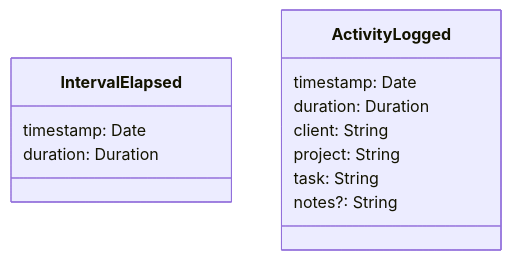
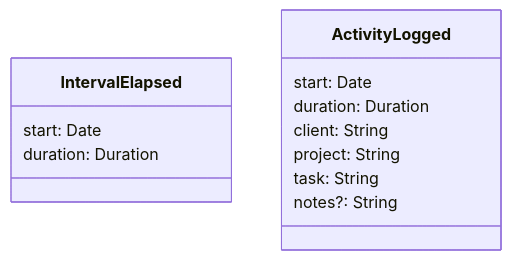
One commit to falkoschumann/activity-sampling changed the diagram in doc/README.md. Above: the diagram before and after it, drawn with Mermaid. The commit also changed 20 other files, not shown here.

Commit message:
refactor: rename activity's timestamp to start

````diff
--- a/doc/README.md
+++ b/doc/README.md
@@ -53,16 +53,16 @@
 ```mermaid
 classDiagram
     class IntervalElapsed {
-        timestamp: Date
+        start: Date
         duration: Duration
     }
 
     class ActivityLogged {
-        timestamp: Date
+        start: Date
         duration: Duration
         client: String
         project: String
         task: String
         notes?: String
     }
 ```
````
